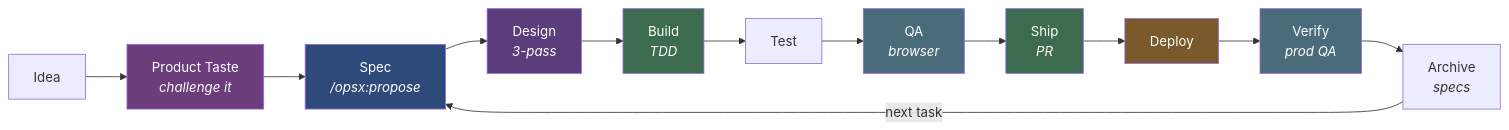
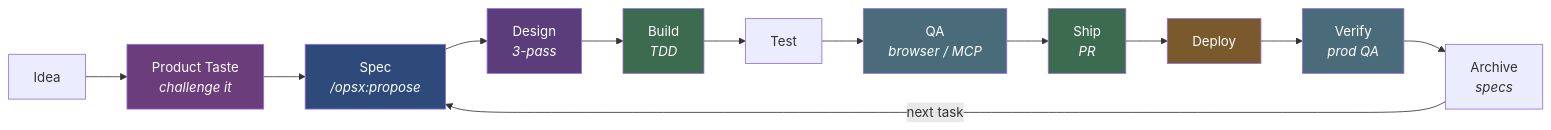
Before and after one commit to gregario/AI-Factory: the first of 3 diagrams in README.md, drawn with Mermaid. The commit also changed other lines of this file and 4 other files, not shown here.

````diff
--- a/README.md
+++ b/README.md
@@ -29,23 +29,23 @@
 ```mermaid
 graph LR
     A["Idea"] --> B["Product Taste<br/><i>challenge it</i>"]
     B --> C["Spec<br/><i>/opsx:propose</i>"]
     C --> D["Design<br/><i>3-pass</i>"]
     D --> E["Build<br/><i>TDD</i>"]
     E --> F["Test"]
-    F --> G["QA<br/><i>browser</i>"]
+    F --> G["QA<br/><i>browser / MCP</i>"]
     G --> H["Ship<br/><i>PR</i>"]
     H --> I["Deploy"]
     I --> J["Verify<br/><i>prod QA</i>"]
     J --> K["Archive<br/><i>specs</i>"]
     K -->|"next task"| C
 
     style B fill:#6b3d7a,color:#fff
     style C fill:#2d4a7a,color:#fff
     style D fill:#5a3d7a,color:#fff
     style E fill:#3d6b4f,color:#fff
     style G fill:#4a6b7a,color:#fff
     style H fill:#3d6b4f,color:#fff
     style I fill:#7a5a2d,color:#fff
     style J fill:#4a6b7a,color:#fff
 ```
````
